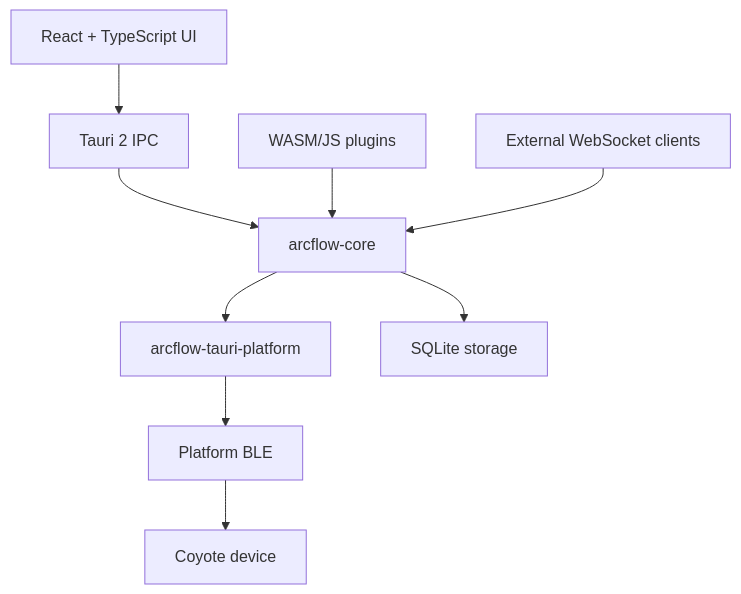
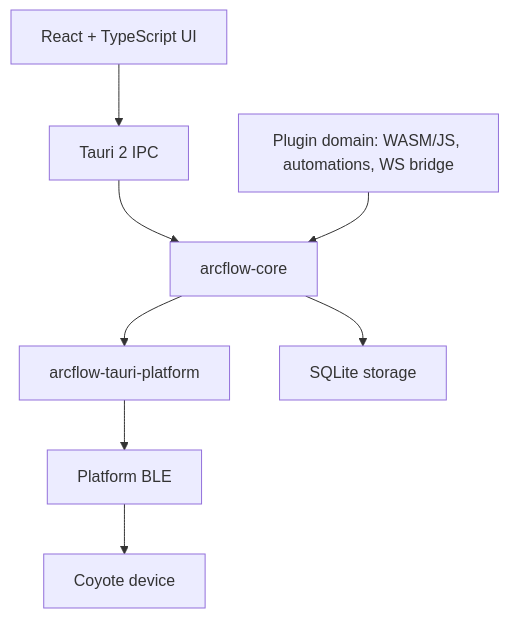
Before and after one commit to pingfanH/arcflow: the diagram in docs/architecture.md, drawn with Mermaid. The commit also changed other lines of this file and 2 other files, not shown here.

Commit message:
Fold scripts and bridge into plugins

````diff
--- a/docs/architecture.md
+++ b/docs/architecture.md
@@ -10,18 +9,16 @@
 ```mermaid
 flowchart TD
   React["React + TypeScript UI"]
   IPC["Tauri 2 IPC"]
   Core["arcflow-core"]
   Platform["arcflow-tauri-platform"]
   BLE["Platform BLE"]
   Device["Coyote device"]
-  Plugins["WASM/JS plugins"]
-  WS["External WebSocket clients"]
+  Plugins["Plugin domain: WASM/JS, automations, WS bridge"]
   Storage["SQLite storage"]
 
   React --> IPC --> Core
   Core --> Platform --> BLE --> Device
   Core --> Storage
   Plugins --> Core
-  WS --> Core
 ```
````
